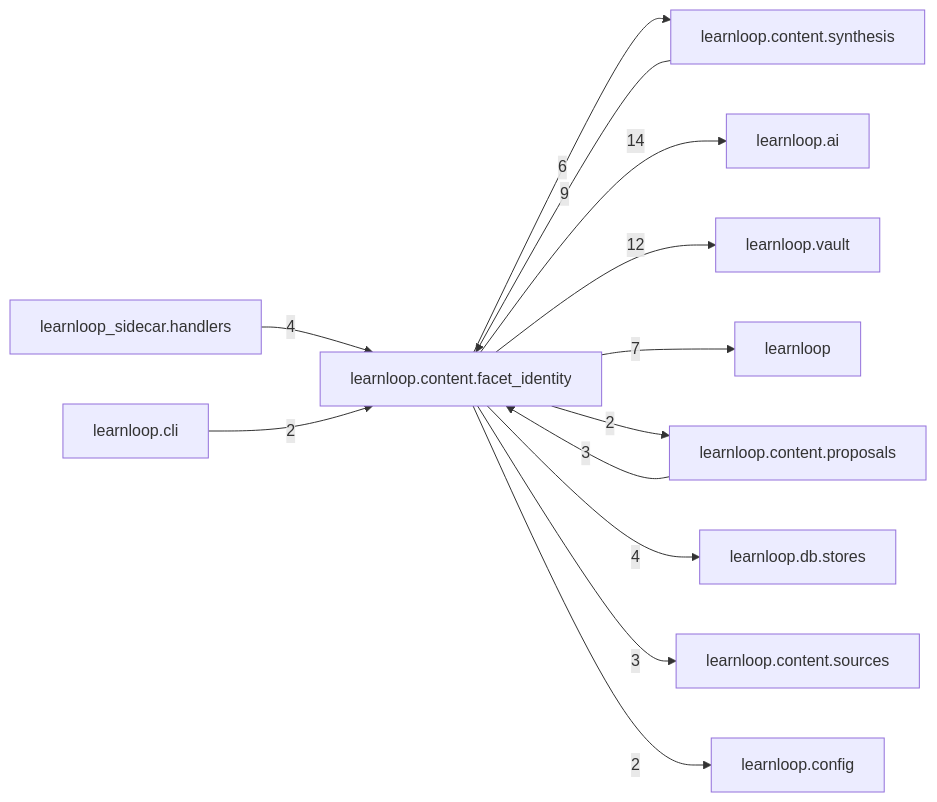
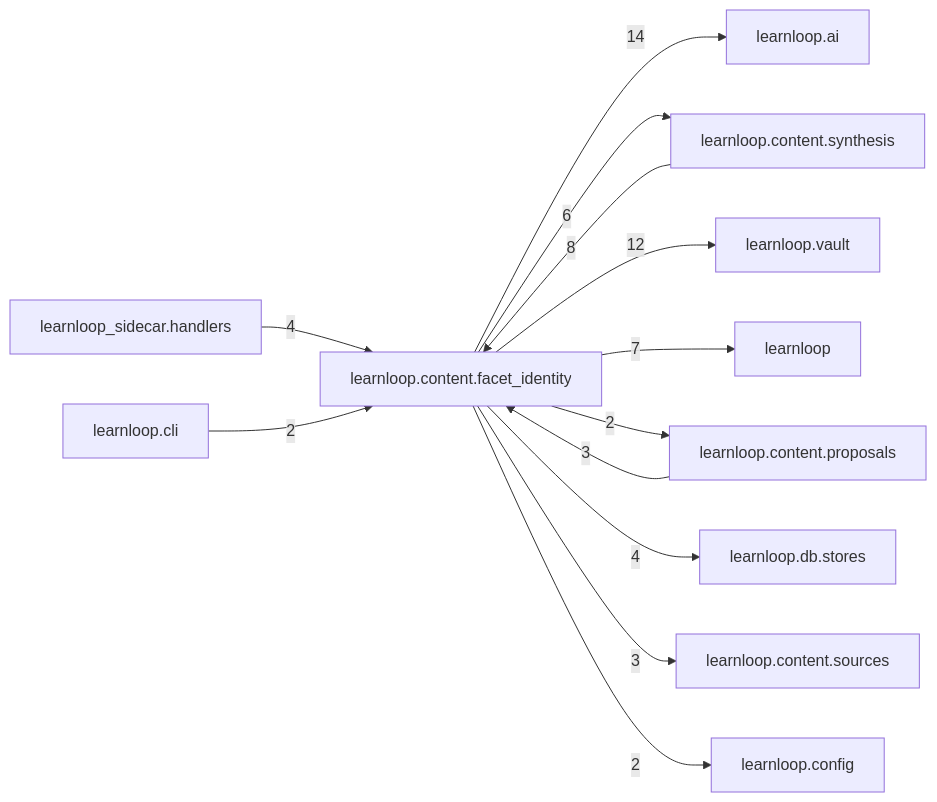
One commit to 6up-b/learnanything changed the diagram in docs/learnloop-architecture-vault/Reference/Modules/learnloop/content/facet_identity/_package.md. Above: the diagram before and after it, drawn with Mermaid. The commit also changed other lines of this file and 29 other files, not shown here.

````diff
--- a/docs/learnloop-architecture-vault/Reference/Modules/learnloop/content/facet_identity/_package.md
+++ b/docs/learnloop-architecture-vault/Reference/Modules/learnloop/content/facet_identity/_package.md
@@ -95,26 +95,26 @@
 ```mermaid
 flowchart LR
     center["learnloop.content.facet_identity"]
+    n_learnloop_ai["learnloop.ai"]
     n_learnloop_content_synthesis["learnloop.content.synthesis"]
-    n_learnloop_ai["learnloop.ai"]
     n_learnloop_vault["learnloop.vault"]
     n_learnloop["learnloop"]
     n_learnloop_content_proposals["learnloop.content.proposals"]
     n_learnloop_db_stores["learnloop.db.stores"]
     n_learnloop_sidecar_handlers["learnloop_sidecar.handlers"]
     n_learnloop_content_sources["learnloop.content.sources"]
     n_learnloop_cli["learnloop.cli"]
     n_learnloop_config["learnloop.config"]
-    n_learnloop_content_synthesis -->|9| center
+    center -->|14| n_learnloop_ai
+    n_learnloop_content_synthesis -->|8| center
     center -->|6| n_learnloop_content_synthesis
-    center -->|14| n_learnloop_ai
     center -->|12| n_learnloop_vault
     center -->|7| n_learnloop
     n_learnloop_content_proposals -->|3| center
     center -->|2| n_learnloop_content_proposals
     center -->|4| n_learnloop_db_stores
     n_learnloop_sidecar_handlers -->|4| center
     center -->|3| n_learnloop_content_sources
     n_learnloop_cli -->|2| center
     center -->|2| n_learnloop_config
 ```
````
